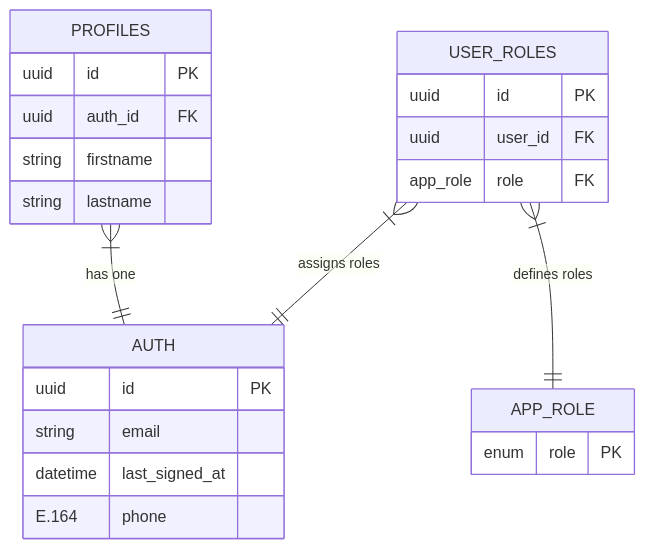
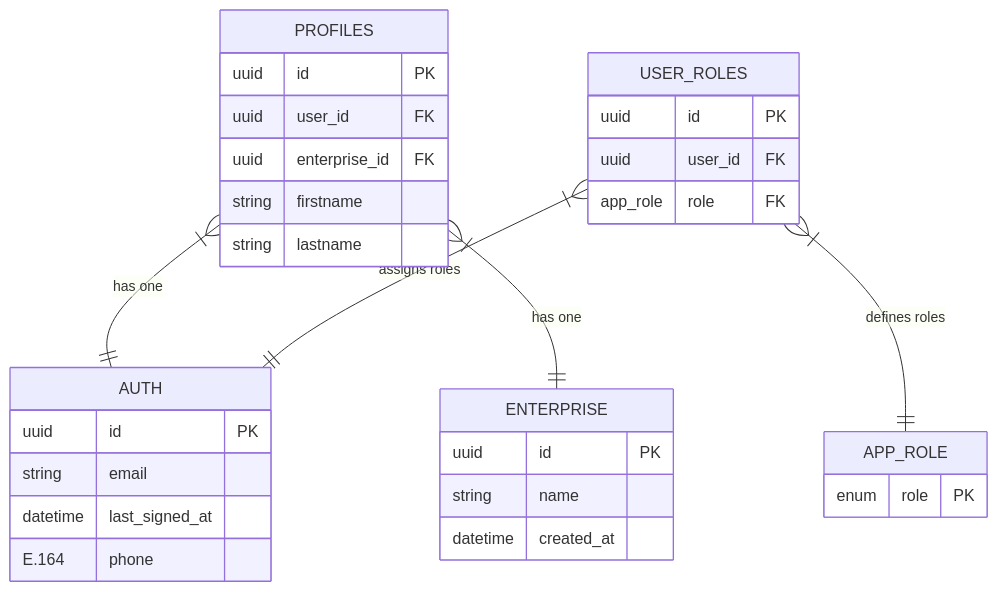
Before and after one commit to LeoEsnault/ConsoleAdmin: the diagram in doc/data_model.md, drawn with Mermaid. The commit also changed 35 other files, not shown here.

````diff
--- a/doc/data_model.md
+++ b/doc/data_model.md
@@ -3,30 +3,38 @@
 ```mermaid
 erDiagram
     PROFILES {
         uuid id PK
-        uuid auth_id FK
+        uuid user_id FK
+        uuid enterprise_id FK
         string firstname
         string lastname
     }
 
     APP_ROLE {
         enum role PK
     }
 
     USER_ROLES {
         uuid id PK
         uuid user_id FK
         app_role role FK
     }
 
     AUTH {
         uuid id PK
         string email
         datetime last_signed_at
         E.164 phone
     }
 
+    ENTERPRISE {
+        uuid id PK
+        string name
+        datetime created_at
+    }
+
     PROFILES }|--|| AUTH: "has one"
+    PROFILES }|--|| ENTERPRISE: "has one"
     USER_ROLES }|--|| AUTH: "assigns roles"
     USER_ROLES }|--|| APP_ROLE : "defines roles"
 ```
````
